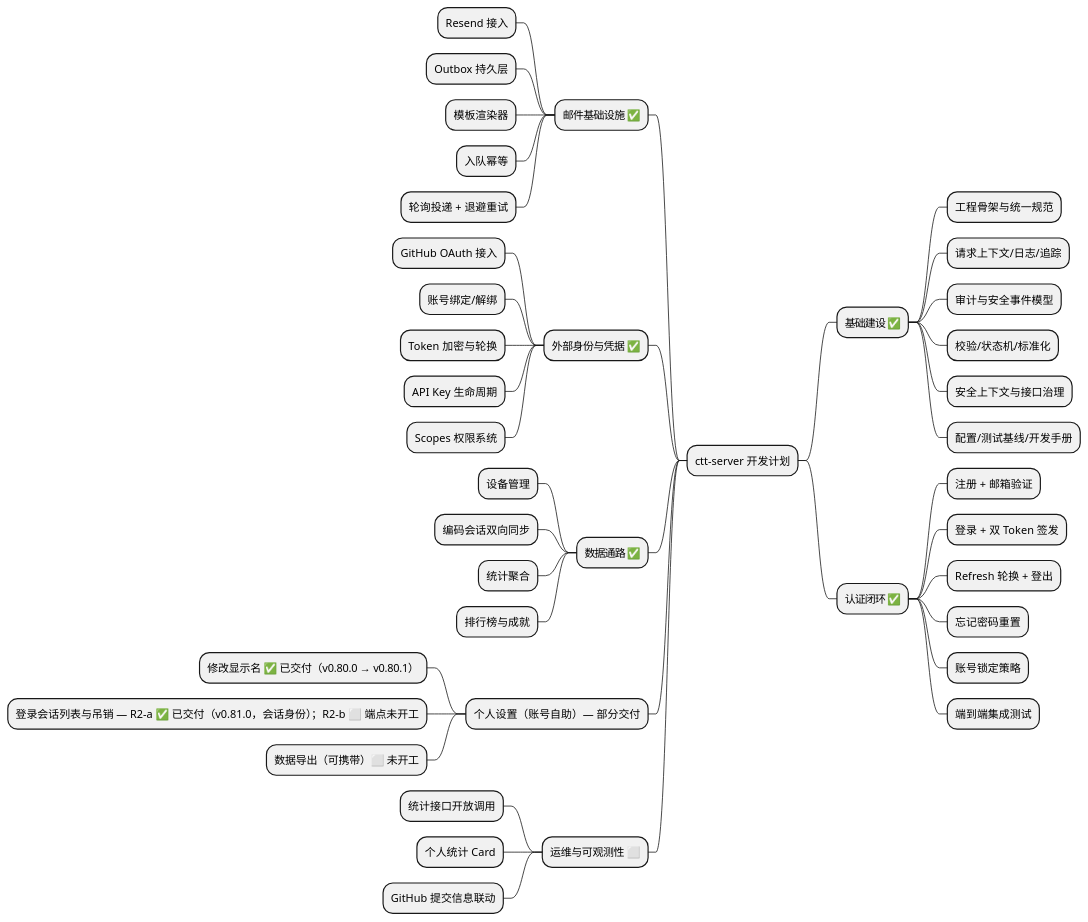
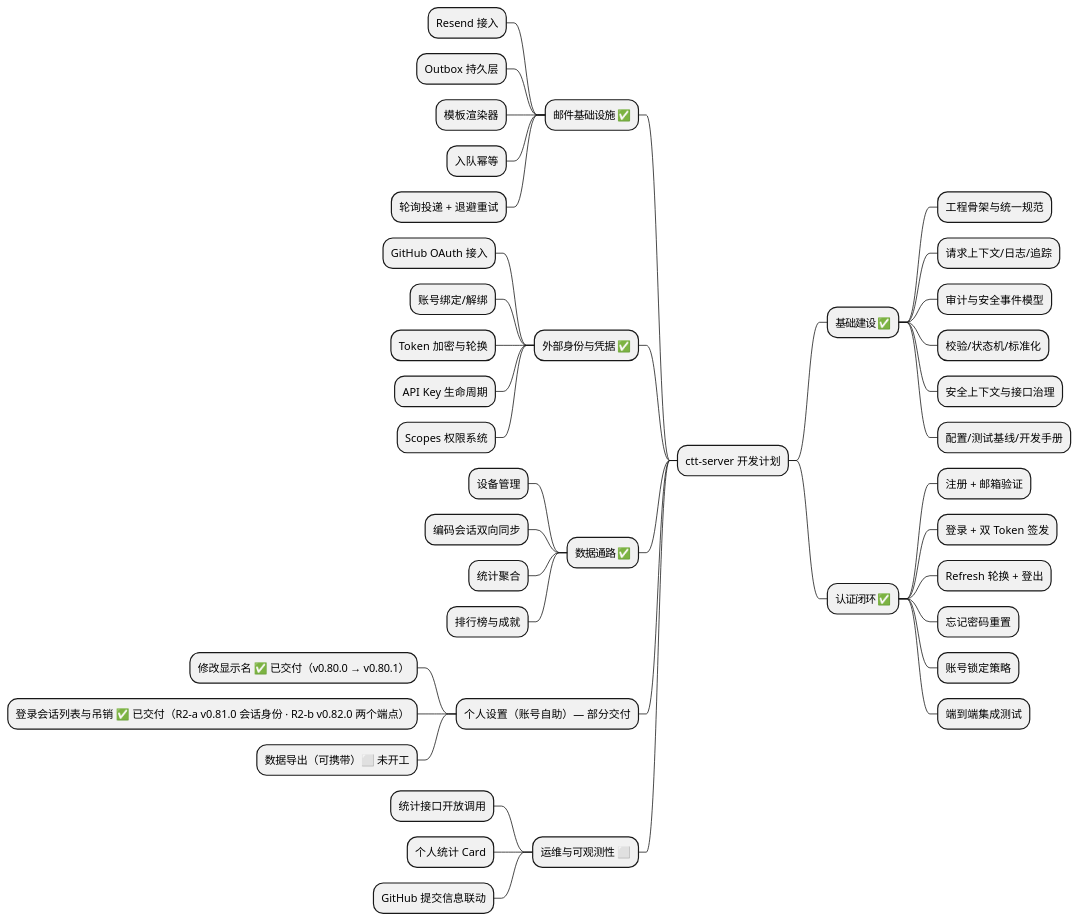
One commit to AhogeK/ctt-server changed the first of 7 diagrams in .plans/ctt-server-development-plan.md. Above: the diagram before and after it, drawn with PlantUML. The commit also changed other lines of this file and 4 other files, not shown here.

````diff
--- a/.plans/ctt-server-development-plan.md
+++ b/.plans/ctt-server-development-plan.md
@@ -13,46 +13,46 @@
 ```plantuml
 @startmindmap
 * ctt-server 开发计划
 ** 基础建设 ✅
 *** 工程骨架与统一规范
 *** 请求上下文/日志/追踪
 *** 审计与安全事件模型
 *** 校验/状态机/标准化
 *** 安全上下文与接口治理
 *** 配置/测试基线/开发手册
 ** 认证闭环 ✅
 *** 注册 + 邮箱验证
 *** 登录 + 双 Token 签发
 *** Refresh 轮换 + 登出
 *** 忘记密码重置
 *** 账号锁定策略
 *** 端到端集成测试
 
 left side
 ** 邮件基础设施 ✅
 *** Resend 接入
 *** Outbox 持久层
 *** 模板渲染器
 *** 入队幂等
 *** 轮询投递 + 退避重试
 ** 外部身份与凭据 ✅
 *** GitHub OAuth 接入
 *** 账号绑定/解绑
 *** Token 加密与轮换
 *** API Key 生命周期
 *** Scopes 权限系统
 ** 数据通路 ✅
 *** 设备管理
 *** 编码会话双向同步
 *** 统计聚合
 *** 排行榜与成就
 ** 个人设置（账号自助）— 部分交付
 *** 修改显示名 ✅ 已交付（v0.80.0 → v0.80.1）
-*** 登录会话列表与吊销 — R2-a ✅ 已交付（v0.81.0，会话身份）；R2-b ⬜ 端点未开工
+*** 登录会话列表与吊销 ✅ 已交付（R2-a v0.81.0 会话身份 · R2-b v0.82.0 两个端点）
 *** 数据导出（可携带）⬜ 未开工
 ** 运维与可观测性 ⬜
 *** 统计接口开放调用
 *** 个人统计 Card
 *** GitHub 提交信息联动
 @endmindmap
 ```
````
